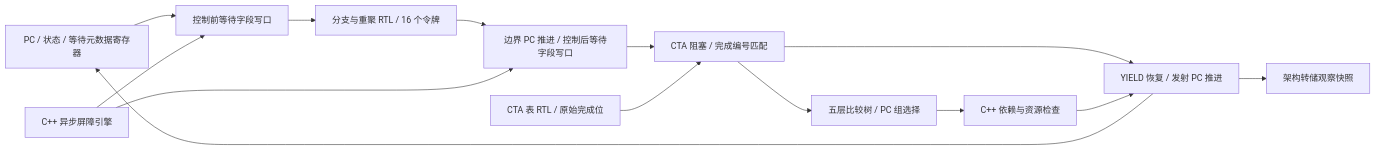
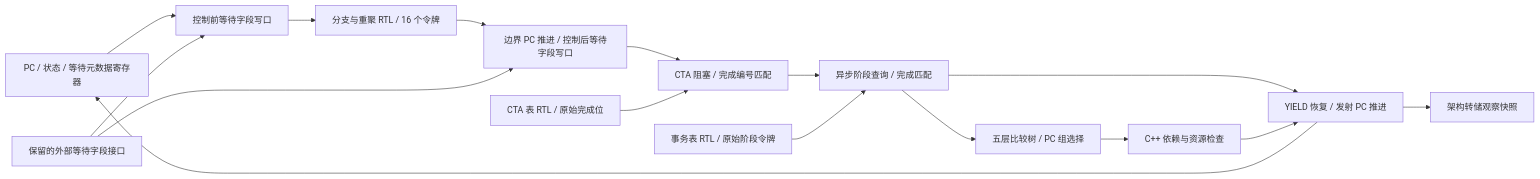
The diagram in docs/RTL_WARP_FRONTEND.md (zdshq/simt-lab), drawn with Mermaid before and after one commit. The commit also changed other lines of this file and 35 other files, not shown here.

````diff
--- a/docs/RTL_WARP_FRONTEND.md
+++ b/docs/RTL_WARP_FRONTEND.md
@@ -7,16 +7,18 @@
 ```mermaid
 flowchart LR
     S[PC / 状态 / 等待元数据寄存器] --> P[控制前等待字段写口]
     P --> C[分支与重聚 RTL / 16 个令牌]
     C --> Q[边界 PC 推进 / 控制后等待字段写口]
     Q --> T[CTA 阻塞 / 完成编号匹配]
-    T --> G[五层比较树 / PC 组选择]
-    T --> I[YIELD 恢复 / 发射 PC 推进]
+    T --> A[异步阶段查询 / 完成匹配]
+    A --> G[五层比较树 / PC 组选择]
+    A --> I[YIELD 恢复 / 发射 PC 推进]
     G --> H[C++ 依赖与资源检查]
     H --> I
     I --> S
-    B[C++ 异步屏障引擎] --> P
+    B[保留的外部等待字段接口] --> P
     B --> Q
     R[CTA 表 RTL / 原始完成位] --> T
+    E[事务表 RTL / 原始阶段令牌] --> A
     I --> O[架构转储观察快照]
 ```
````
